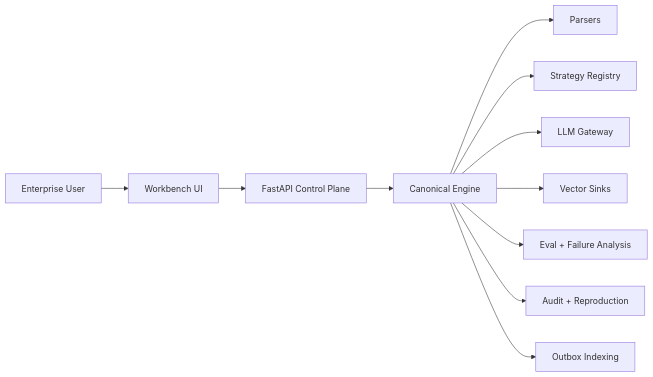
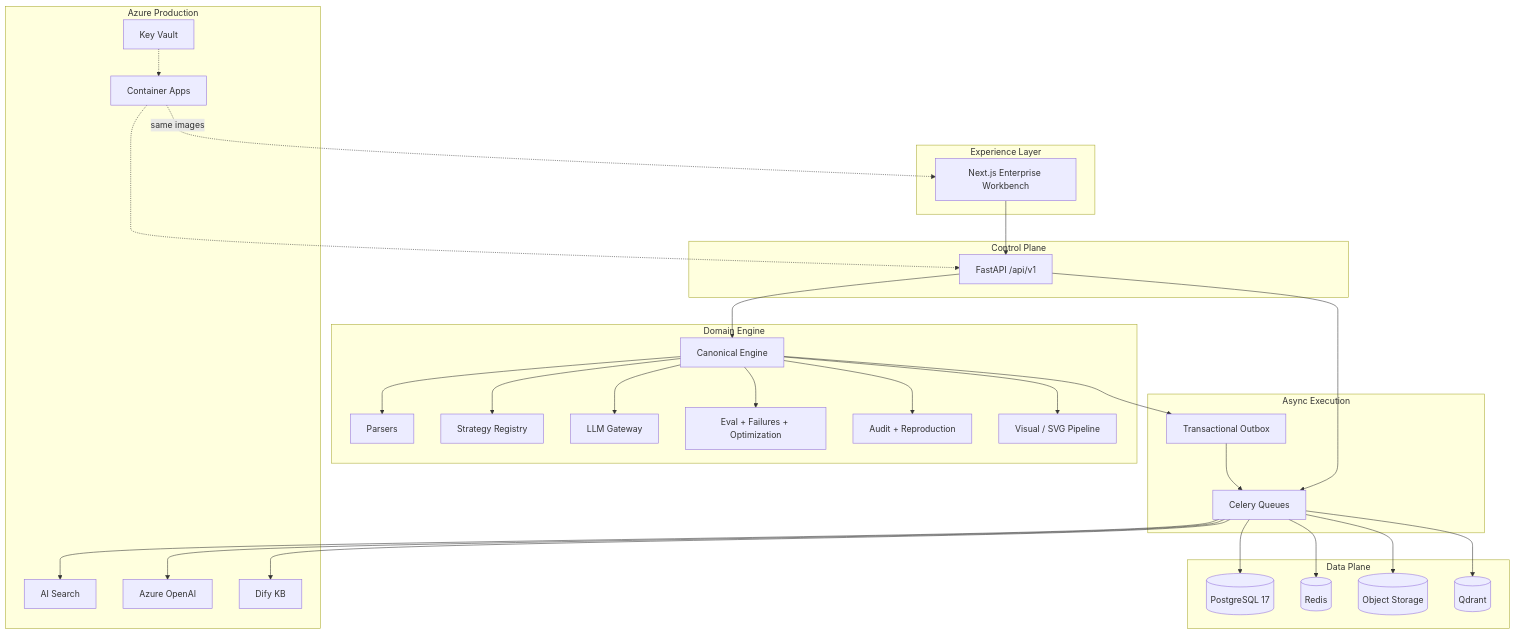
The diagram in README.md (John-Maximilian-Liu/Adaptive-Chunk-Engine), drawn with Mermaid before and after one commit. The commit also changed other lines of this file and 6 other files, not shown here.

First line of the commit message:
Add architecture diagram and same-origin API proxy for CD access

````diff
--- a/README.md
+++ b/README.md
@@ -62,13 +68,45 @@
 ```mermaid
-flowchart LR
-  U[Enterprise User] --> W[Workbench UI]
-  W --> API[FastAPI Control Plane]
-  API --> E[Canonical Engine]
-  E --> P[Parsers]
-  E --> S[Strategy Registry]
-  E --> L[LLM Gateway]
-  E --> V[Vector Sinks]
-  E --> Q[Eval + Failure Analysis]
-  E --> A[Audit + Reproduction]
-  E --> O[Outbox Indexing]
+flowchart TB
+  subgraph Experience["Experience Layer"]
+    WEB[Next.js Enterprise Workbench]
+  end
+  subgraph Control["Control Plane"]
+    API[FastAPI /api/v1]
+  end
+  subgraph Domain["Domain Engine"]
+    ENG[Canonical Engine]
+    PARSE[Parsers]
+    STRAT[Strategy Registry]
+    LLM[LLM Gateway]
+    EVAL[Eval + Failures + Optimization]
+    AUDIT[Audit + Reproduction]
+    VIS[Visual / SVG Pipeline]
+  end
+  subgraph Async["Async Execution"]
+    CEL[Celery Queues]
+    OB[Transactional Outbox]
+  end
+  subgraph Data["Data Plane"]
+    PG[(PostgreSQL 17)]
+    RD[(Redis)]
+    OBJ[(Object Storage)]
+    QD[(Qdrant)]
+  end
+  subgraph Azure["Azure Production"]
+    ACA[Container Apps]
+    AIS[AI Search]
+    AOAI[Azure OpenAI]
+    KV[Key Vault]
+    DIFY[Dify KB]
+  end
+
+  WEB --> API --> ENG
+  ENG --> PARSE & STRAT & LLM & EVAL & AUDIT & VIS
+  API --> CEL
+  ENG --> OB --> CEL
+  CEL --> PG & RD & OBJ & QD
+  CEL --> AIS & AOAI & DIFY
+  ACA -.->|same images| WEB
+  ACA -.-> API
+  KV -.-> ACA
 ```
````
